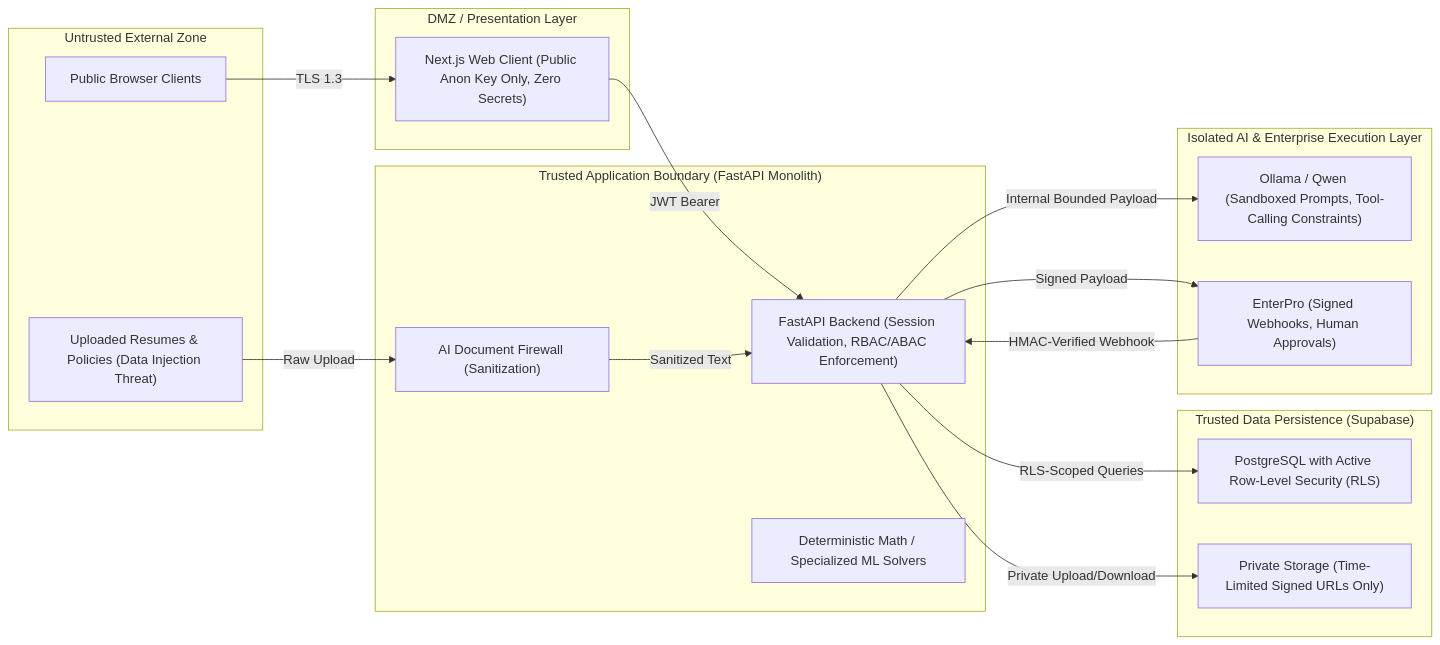
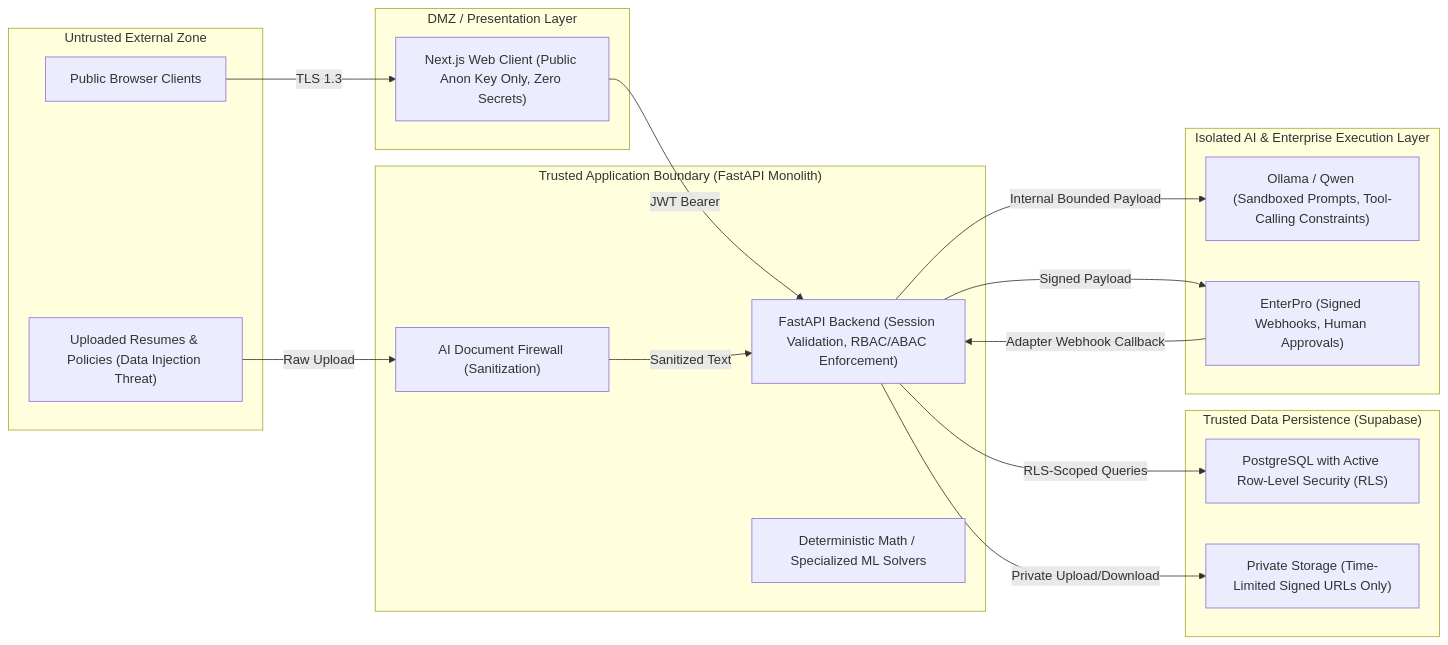
The second of 6 diagrams in docs/02-TRD.md (sharancode3/WorkSense), drawn with Mermaid before and after one commit. The commit also changed other lines of this file and 10 other files, not shown here.

````diff
--- a/docs/02-TRD.md
+++ b/docs/02-TRD.md
@@ -157,37 +157,37 @@
 ```mermaid
 flowchart LR
     subgraph TB0["Untrusted External Zone"]
         U["Public Browser Clients"]
         UP["Uploaded Resumes & Policies (Data Injection Threat)"]
     end
 
     subgraph TB1["DMZ / Presentation Layer"]
         FE["Next.js Web Client (Public Anon Key Only, Zero Secrets)"]
     end
 
     subgraph TB2["Trusted Application Boundary (FastAPI Monolith)"]
         FW["AI Document Firewall (Sanitization)"]
         API["FastAPI Backend (Session Validation, RBAC/ABAC Enforcement)"]
         SOLV["Deterministic Math / Specialized ML Solvers"]
     end
 
     subgraph TB3["Trusted Data Persistence (Supabase)"]
         DB["PostgreSQL with Active Row-Level Security (RLS)"]
         STOR["Private Storage (Time-Limited Signed URLs Only)"]
     end
 
     subgraph TB4["Isolated AI & Enterprise Execution Layer"]
         OLL["Ollama / Qwen (Sandboxed Prompts, Tool-Calling Constraints)"]
         EP["EnterPro (Signed Webhooks, Human Approvals)"]
     end
 
     U -->|TLS 1.3| FE
     UP -->|Raw Upload| FW
     FE -->|JWT Bearer| API
     FW -->|Sanitized Text| API
     API -->|RLS-Scoped Queries| DB
     API -->|Private Upload/Download| STOR
     API -->|Internal Bounded Payload| OLL
     API -->|Signed Payload| EP
-    EP -->|HMAC-Verified Webhook| API
+    EP -->|Adapter Webhook Callback| API
 ```
````
